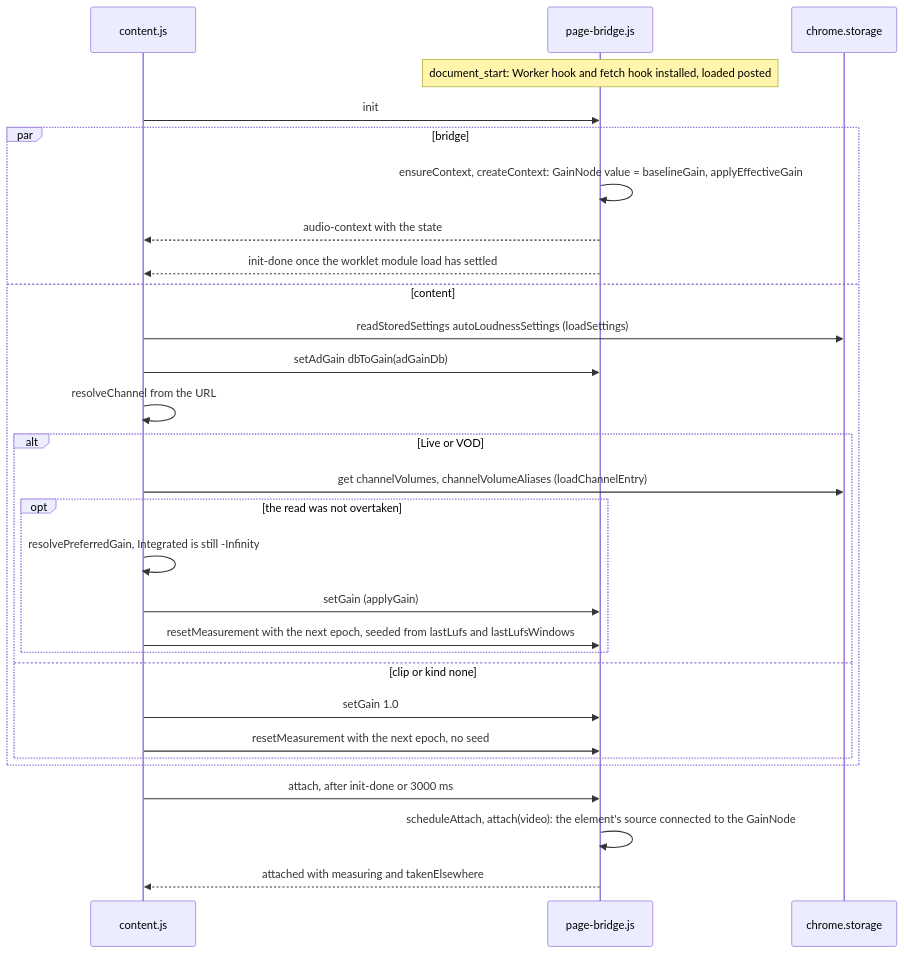
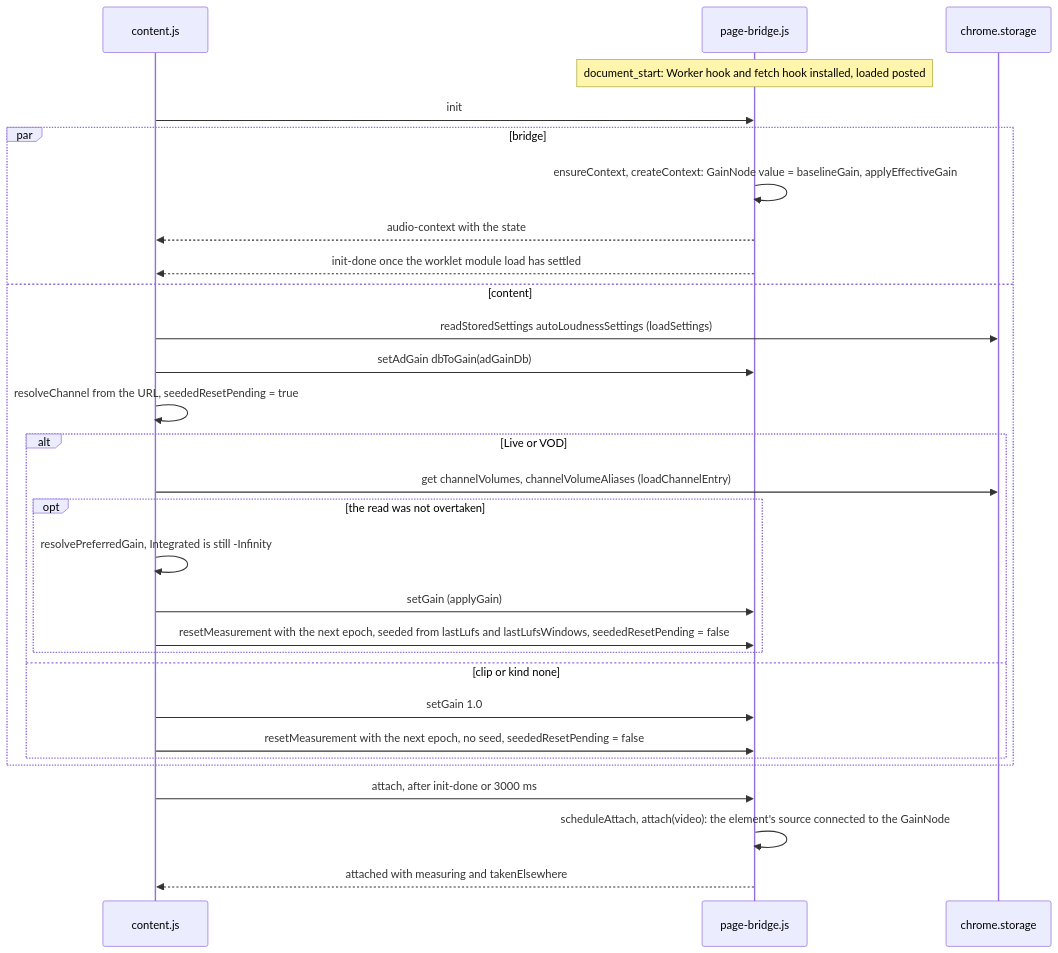
The fourth of 17 diagrams in docs/gain-change-and-save.md (semnil/twitch-channel-volume), drawn with Mermaid before and after one commit. The commit also changed other lines of this file and 4 other files, not shown here.

First line of the commit message:
fix: send the seeded measurement reset from whichever read of the row wins

````diff
--- a/docs/gain-change-and-save.md
+++ b/docs/gain-change-and-save.md
@@ -177,31 +179,31 @@
 ```mermaid
 sequenceDiagram
   participant content as content.js
   participant bridge as page-bridge.js
   participant storage as chrome.storage
   Note over bridge: document_start: Worker hook and fetch hook installed, loaded posted
   content->>bridge: init
   par bridge
     bridge->>bridge: ensureContext, createContext: GainNode value = baselineGain, applyEffectiveGain
     bridge-->>content: audio-context with the state
     bridge-->>content: init-done once the worklet module load has settled
   and content
     content->>storage: readStoredSettings autoLoudnessSettings (loadSettings)
     content->>bridge: setAdGain dbToGain(adGainDb)
-    content->>content: resolveChannel from the URL
+    content->>content: resolveChannel from the URL, seededResetPending = true
     alt Live or VOD
       content->>storage: get channelVolumes, channelVolumeAliases (loadChannelEntry)
       opt the read was not overtaken
         content->>content: resolvePreferredGain, Integrated is still -Infinity
         content->>bridge: setGain (applyGain)
-        content->>bridge: resetMeasurement with the next epoch, seeded from lastLufs and lastLufsWindows
+        content->>bridge: resetMeasurement with the next epoch, seeded from lastLufs and lastLufsWindows, seededResetPending = false
       end
     else clip or kind none
       content->>bridge: setGain 1.0
-      content->>bridge: resetMeasurement with the next epoch, no seed
+      content->>bridge: resetMeasurement with the next epoch, no seed, seededResetPending = false
     end
   end
   content->>bridge: attach, after init-done or 3000 ms
   bridge->>bridge: scheduleAttach, attach(video): the element's source connected to the GainNode
   bridge-->>content: attached with measuring and takenElsewhere
 ```
````
